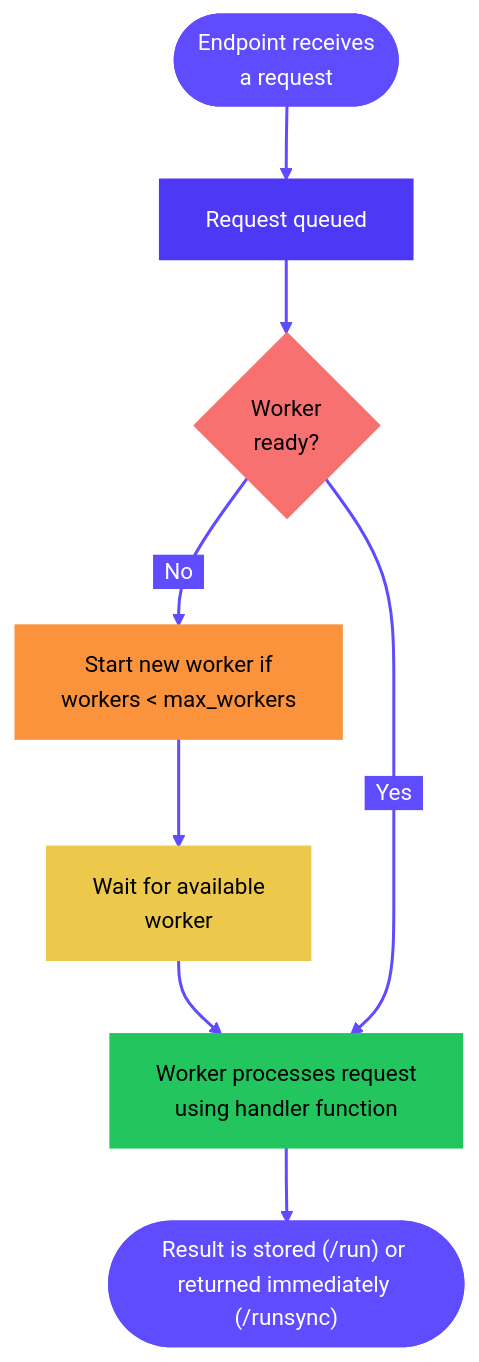
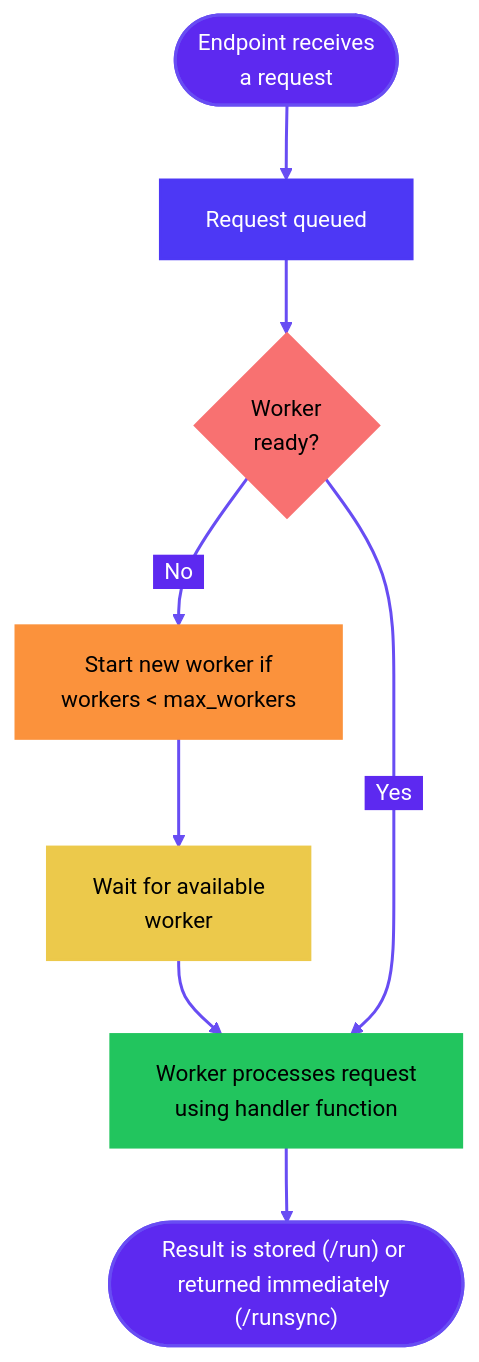
One commit to runpod/docs changed the first of 2 diagrams in serverless/overview.mdx. Above: the diagram before and after it, drawn with Mermaid. The commit also changed other lines of this file and 9 other files, not shown here.

First line of the commit message:
fix: use canon purples in Mermaid diagrams

````diff
--- a/serverless/overview.mdx
+++ b/serverless/overview.mdx
@@ -75,30 +75,30 @@
 ```mermaid
-%%{init: {'theme':'base', 'themeVariables': { 'primaryColor':'#9289FE','primaryTextColor':'#fff','primaryBorderColor':'#9289FE','lineColor':'#5F4CFE','secondaryColor':'#AE6DFF','tertiaryColor':'#FCB1FF','edgeLabelBackground':'#5F4CFE', 'fontSize':'15px','fontFamily':'font-inter'}}}%%
+%%{init: {'theme':'base', 'themeVariables': { 'primaryColor':'#9289FE','primaryTextColor':'#fff','primaryBorderColor':'#9289FE','lineColor':'#684DF3','secondaryColor':'#AE6DFF','tertiaryColor':'#FCB1FF','edgeLabelBackground':'#5D29F0', 'fontSize':'15px','fontFamily':'font-inter'}}}%%
 
 flowchart TD
     Start([Endpoint receives<br/>a request]) --> Queue[Request queued]
     
     Queue --> CheckActive{Worker<br/>ready?}
     
     CheckActive -->|"&nbsp;&nbsp;No&nbsp;&nbsp;"| ColdStart[Start new worker if<br/> workers < max_workers]
 
     ColdStart --> WaitWorker[Wait for available<br/>worker]
     
     WaitWorker --> Process[Worker processes request<br/>using handler function]
     
     CheckActive -->|"&nbsp;&nbsp;Yes&nbsp;&nbsp;"| Process
     
     Process --> End(["Result is stored (/run) or returned immediately (/runsync)"])
     
-    style Start fill:#5F4CFE,stroke:#5F4CFE,color:#FFFFFF,stroke-width:2px
+    style Start fill:#5D29F0,stroke:#684DF3,color:#FFFFFF,stroke-width:2px
     style Queue fill:#4D38F5,stroke:#4D38F5,color:#FFFFFF,stroke-width:2px
     
     style CheckActive fill:#f87171,stroke:#f87171,color:#000000,stroke-width:2px
     style ColdStart fill:#fb923c,stroke:#fb923c,color:#000000,stroke-width:2px
     style WaitWorker fill:#ecc94b,stroke:#ecc94b,color:#000000,stroke-width:2px
 
     style Process fill:#22C55E,stroke:#22C55E,color:#000000,stroke-width:2px
-    style End fill:#5F4CFE,stroke:#5F4CFE,color:#FFFFFF,stroke-width:2px
+    style End fill:#5D29F0,stroke:#684DF3,color:#FFFFFF,stroke-width:2px
 
     linkStyle default stroke-width:2px
 ```
````
